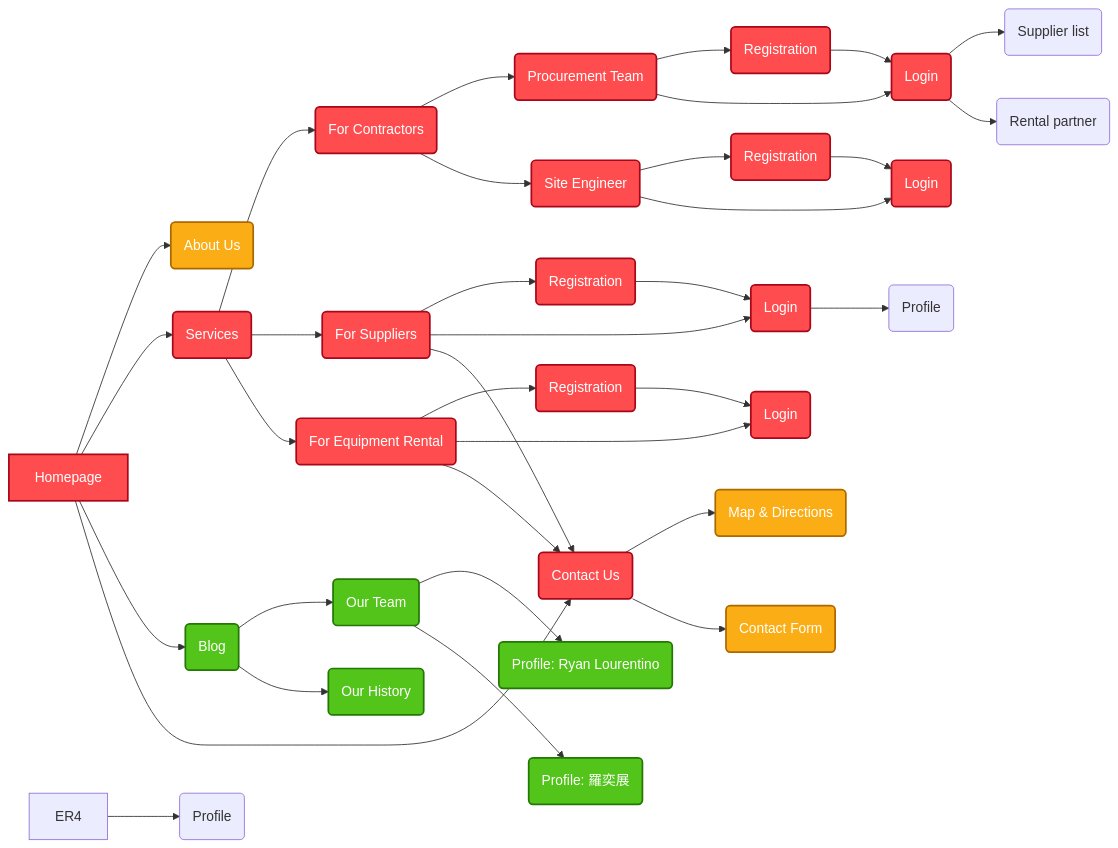
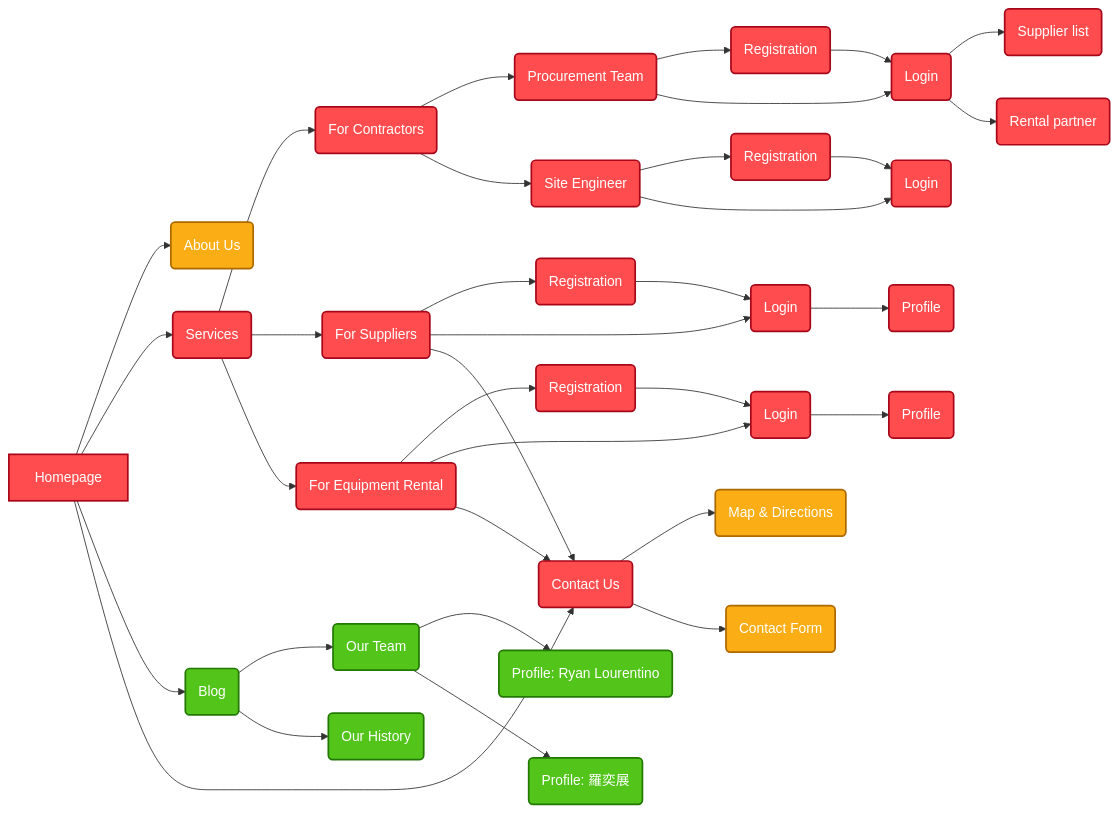
One commit to ryanlourentino/project-flow changed the diagram in README.md. Above: the diagram before and after it, drawn with Mermaid.

Commit message:
edit priority 3th

````diff
--- a/README.md
+++ b/README.md
@@ -19,57 +19,57 @@
 ```mermaid 
 graph LR
 
 	classDef high fill:#ff4d4f,stroke:#a8071a,stroke-width:2px,color:#ffffff;
 	classDef medium fill:#faad14,stroke:#ad6800,stroke-width:2px,color:#ffffff;
 	classDef low fill:#52c41a,stroke:#237804,stroke-width:2px,color:#ffffff;
 
 
 	A[Homepage] --> B(About Us)
 	A --> E(Services)
 	A --> C(Blog)
 	A --> D(Contact Us)
 
 	C --> C1(Our Team)
 	C --> C2(Our History)
 
 	C1 --> CA1(Profile: Ryan Lourentino)
 	C1 --> CA2(Profile: 羅奕展)
 
 	E --> Co1(For Contractors)
 	E --> Sup1(For Suppliers)
 	E --> ER1(For Equipment Rental)
 
 	Co1 --> Pro1(Procurement Team)
 	Co1 --> SE1(Site Engineer)
 
 	Pro1 --> Pro2(Registration)
 	Pro1 --> Pro3(Login)
 	Pro2 --> Pro3
 	Pro3 --> S1(Supplier list)
 	Pro3 --> S2(Rental partner)
 
 	SE1 --> SE2(Registration)
 	SE1 --> SE3(Login)
 	SE2 --> SE3
 
 
 	Sup1 --> Sup2(Registration)
 	Sup1 --> Sup3(Login)
 	Sup2 --> Sup3
 	Sup1 --> D
 	Sup3 --> Sup4(Profile)
 
 	ER1 --> ER2(Registration)
 	ER1 --> ER3(Login)
 	ER2 --> ER3
 	ER1 --> D
-	ER4 --> ER5(Profile)
+	ER3 --> ER5(Profile)
 
 	D --> D1(Map & Directions)
 	D --> D2(Contact Form)
 
 	%%DefPriority
-	class A,D,E,Co1,Sup1,Pro1,Pro2,Pro3,SE1,SE2,SE3,Sup2,Sup3,ER1,ER2,ER3 high;
+	class A,D,E,Co1,Sup1,Pro1,Pro2,Pro3,SE1,SE2,SE3,Sup2,Sup3,ER1,ER2,ER3,Sup4,S2,S1,ER5 high;
 	class B,D1,D2 medium;
 	class C,C1,C2,CA1,CA2 low;
 ```
````
